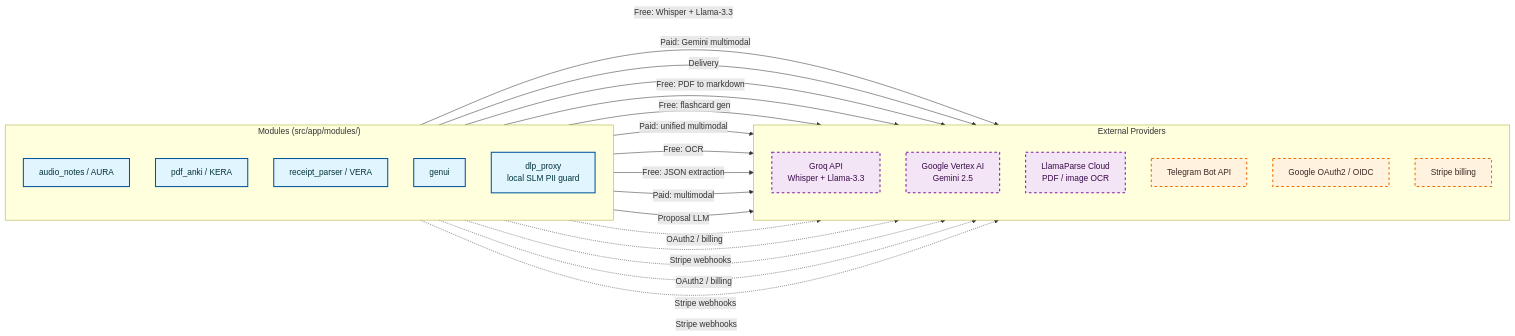
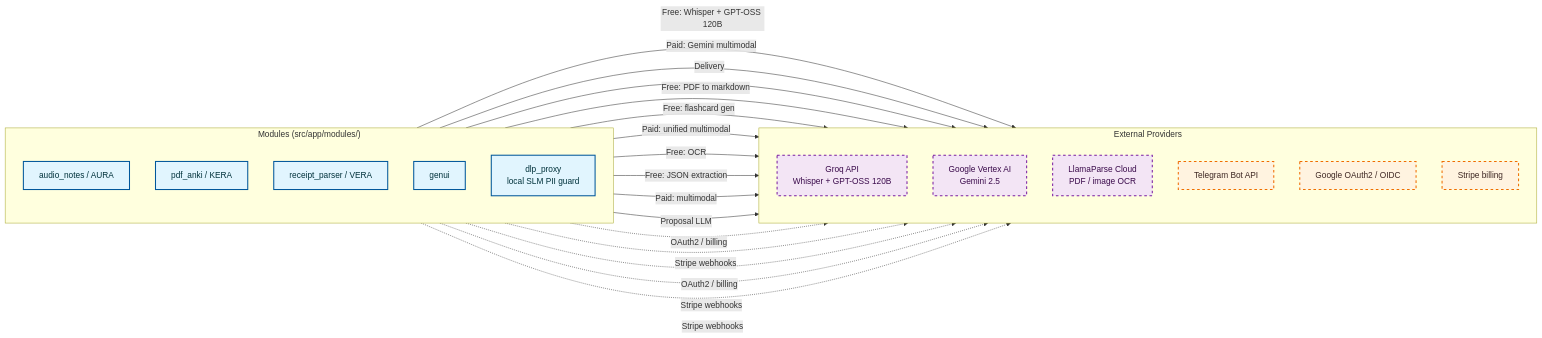
Before and after one commit to JMMAILabs/frugal-fortress-architecture: the second of 3 diagrams in docs/diagrams/core/backend_monolith_context.md, drawn with Mermaid. The commit also changed other lines of this file and 23 other files, not shown here.

First line of the commit message:
docs: migrate free-tier references from llama-3.3 to openai/gpt-oss-120b

````diff
--- a/docs/diagrams/core/backend_monolith_context.md
+++ b/docs/diagrams/core/backend_monolith_context.md
@@ -64,50 +64,50 @@
 ```mermaid
 %%{init: {'theme':'default', 'flowchart':{'nodeSpacing':50, 'rankSpacing':80}}}%%
 flowchart LR
     subgraph Modules ["Modules (src/app/modules/)"]
         direction TB
         M_AUDIO["audio_notes / AURA"]
         M_PDF["pdf_anki / KERA"]
         M_RECEIPTS["receipt_parser / VERA"]
         M_GENUI["genui"]
         M_DLP["dlp_proxy<br/>local SLM PII guard"]
     end
 
     subgraph Providers ["External Providers"]
         direction TB
-        EXT_GROQ["Groq API<br/>Whisper + Llama-3.3"]
+        EXT_GROQ["Groq API<br/>Whisper + GPT-OSS 120B"]
         EXT_VERTEX["Google Vertex AI<br/>Gemini 2.5"]
         EXT_LLAMAPARSE["LlamaParse Cloud<br/>PDF / image OCR"]
         EXT_TG["Telegram Bot API"]
         EXT_GOOGLE["Google OAuth2 / OIDC"]
         EXT_STRIPE["Stripe billing"]
     end
 
-    M_AUDIO -->|Free: Whisper + Llama-3.3| EXT_GROQ
+    M_AUDIO -->|Free: Whisper + GPT-OSS 120B| EXT_GROQ
     M_AUDIO -->|Paid: Gemini multimodal| EXT_VERTEX
     M_AUDIO -->|Delivery| EXT_TG
 
     M_PDF -->|Free: PDF to markdown| EXT_LLAMAPARSE
     M_PDF -->|Free: flashcard gen| EXT_GROQ
     M_PDF -->|Paid: unified multimodal| EXT_VERTEX
 
     M_RECEIPTS -->|Free: OCR| EXT_LLAMAPARSE
     M_RECEIPTS -->|Free: JSON extraction| EXT_GROQ
     M_RECEIPTS -->|Paid: multimodal| EXT_VERTEX
 
     M_GENUI -->|Proposal LLM| EXT_GROQ
 
     %% Auth & billing (gateway-wide, but shown for completeness)
     M_RECEIPTS -.->|OAuth2 / billing| EXT_GOOGLE
     M_RECEIPTS -.->|Stripe webhooks| EXT_STRIPE
     M_PDF -.->|OAuth2 / billing| EXT_GOOGLE
     M_PDF -.->|Stripe webhooks| EXT_STRIPE
     M_AUDIO -.->|Stripe webhooks| EXT_STRIPE
 
     classDef module fill:#e1f5fe,stroke:#01579b,stroke-width:2px,color:#01323b
     classDef llm fill:#f3e5f5,stroke:#7b1fa2,stroke-width:2px,color:#3a0a4b,stroke-dasharray: 5 5
     classDef saas fill:#fff3e0,stroke:#ef6c00,stroke-width:2px,color:#3e2723,stroke-dasharray: 5 5
     class M_AUDIO,M_PDF,M_RECEIPTS,M_GENUI,M_DLP module
     class EXT_GROQ,EXT_VERTEX,EXT_LLAMAPARSE llm
     class EXT_TG,EXT_GOOGLE,EXT_STRIPE saas
 ```
````
